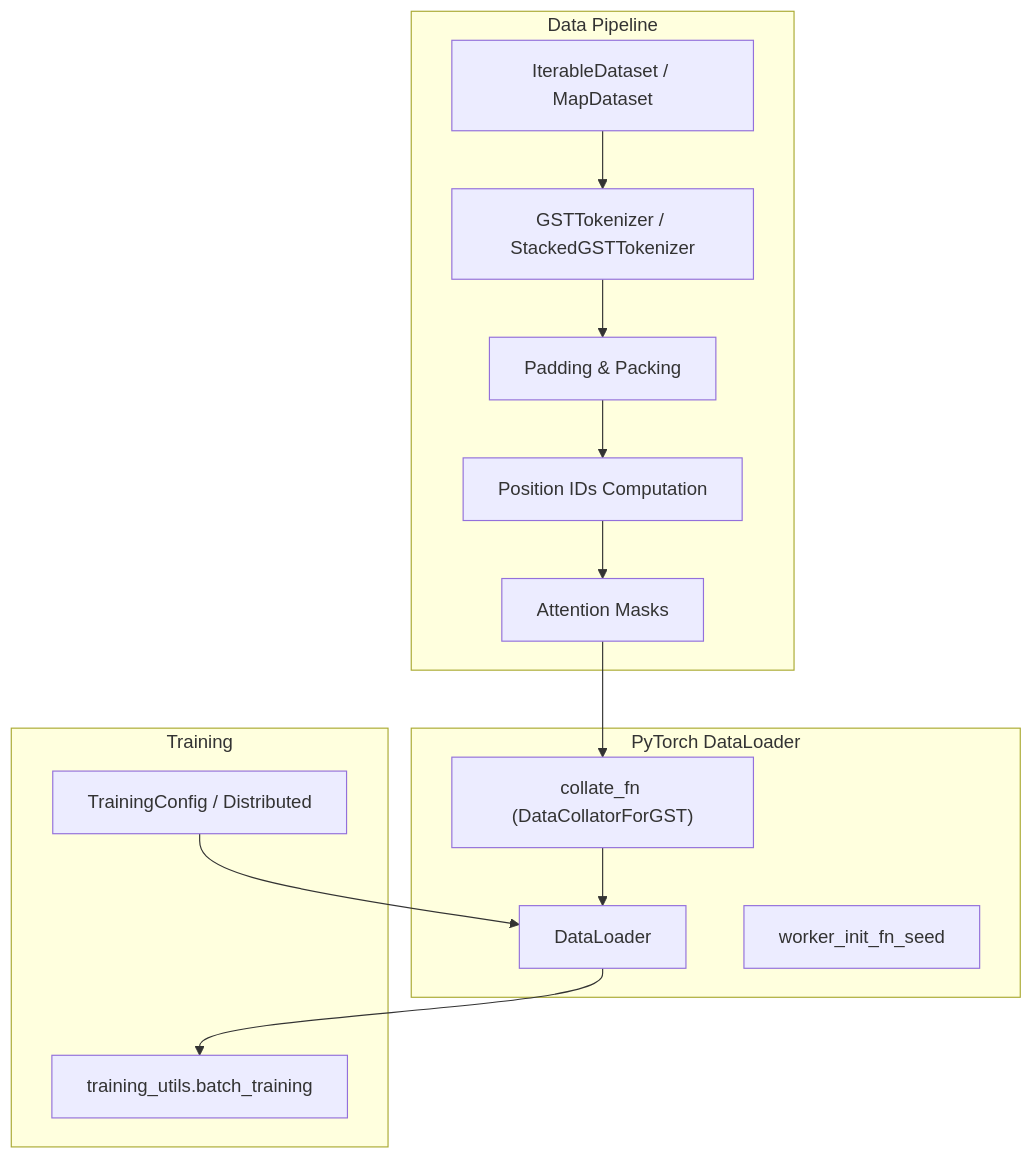
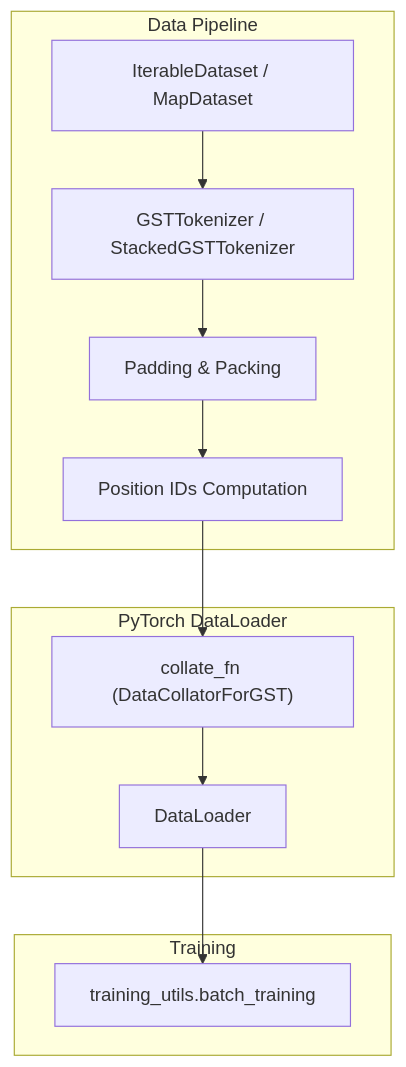
Before and after one commit to alibaba/graph-gpt: the first of 8 diagrams in .qoder/repowiki/en/content/Data Pipeline/Collation & Batch Processing.md, drawn with Mermaid. The commit also changed other lines of this file and 6 other files, not shown here.

````diff
--- a/.qoder/repowiki/en/content/Data Pipeline/Collation & Batch Processing.md
+++ b/.qoder/repowiki/en/content/Data Pipeline/Collation & Batch Processing.md
@@ -51,27 +48,22 @@
 ```mermaid
 graph TB
 subgraph "Data Pipeline"
 DS["IterableDataset / MapDataset"]
 TOK["GSTTokenizer / StackedGSTTokenizer"]
 PAD["Padding & Packing"]
-MASK["Attention Masks"]
 POS["Position IDs Computation"]
 end
 subgraph "PyTorch DataLoader"
 DL["DataLoader"]
-WIF["worker_init_fn_seed"]
 CF["collate_fn (DataCollatorForGST)"]
 end
 subgraph "Training"
 TU["training_utils.batch_training"]
-CFG["TrainingConfig / Distributed"]
 end
 DS --> TOK
 TOK --> PAD
 PAD --> POS
-POS --> MASK
-MASK --> CF
+POS --> CF
 CF --> DL
 DL --> TU
-CFG --> DL
 ```
````
